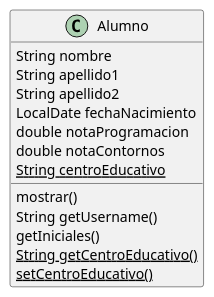
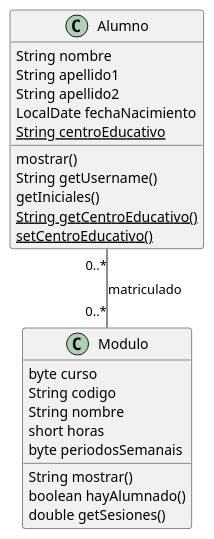
Before and after one commit to HugoChSa/DAM1-25-26-HCS: the diagram in src/ud4/alumnado/Modelo.plantuml, drawn with PlantUML. The commit also changed 8 other files, not shown here.

```diff
--- a/src/ud4/alumnado/Modelo.plantuml
+++ b/src/ud4/alumnado/Modelo.plantuml
@@ -1,17 +1,31 @@
-@startuml Modelo_Alumno
+@startuml
 class Alumno {
     String nombre
     String apellido1
     String apellido2
     LocalDate fechaNacimiento
-    double notaProgramacion
-    double notaContornos
     {static} String centroEducativo
 
     mostrar()
     String getUsername()
     getIniciales()
     {static} String getCentroEducativo()    
     {static} setCentroEducativo()
 }
+
+
+class Modulo {
+    byte curso
+    String codigo
+    String nombre
+    short horas
+    byte periodosSemanais
+
+    String mostrar()
+    boolean hayAlumnado()
+    double getSesiones()
+}
+
+Alumno "0..*" -- "0..*" Modulo : matriculado
+
 @enduml
```
